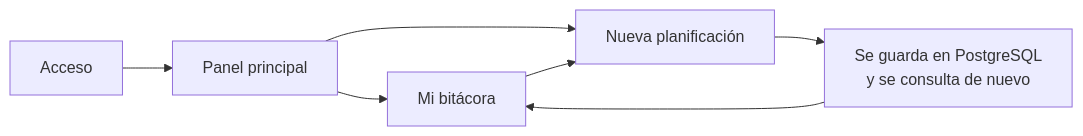
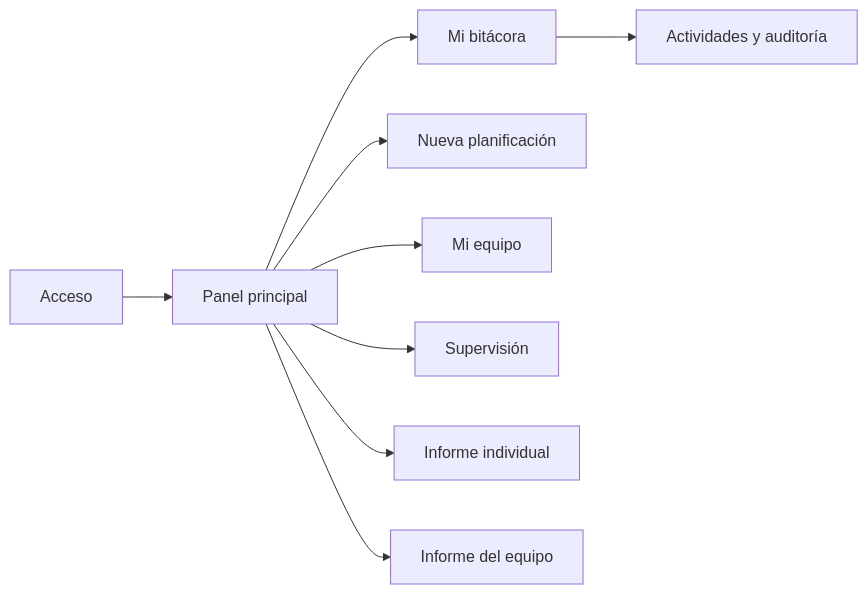
The first of 4 diagrams in readme.md (marlonbossa09/AI4Devs-finalproject), drawn with Mermaid before and after one commit. The commit also changed other lines of this file, not shown here.

````diff
--- a/readme.md
+++ b/readme.md
@@ -101,9 +130,11 @@
 ```mermaid
 flowchart LR
     A[Acceso] --> B[Panel principal]
     B --> C[Mi bitácora]
     B --> D[Nueva planificación]
-    C --> D
-    D --> E[Se guarda en PostgreSQL<br/>y se consulta de nuevo]
-    E --> C
+    C --> E[Actividades y auditoría]
+    B --> F[Mi equipo]
+    B --> G[Supervisión]
+    B --> H[Informe individual]
+    B --> I[Informe del equipo]
 ```
````
